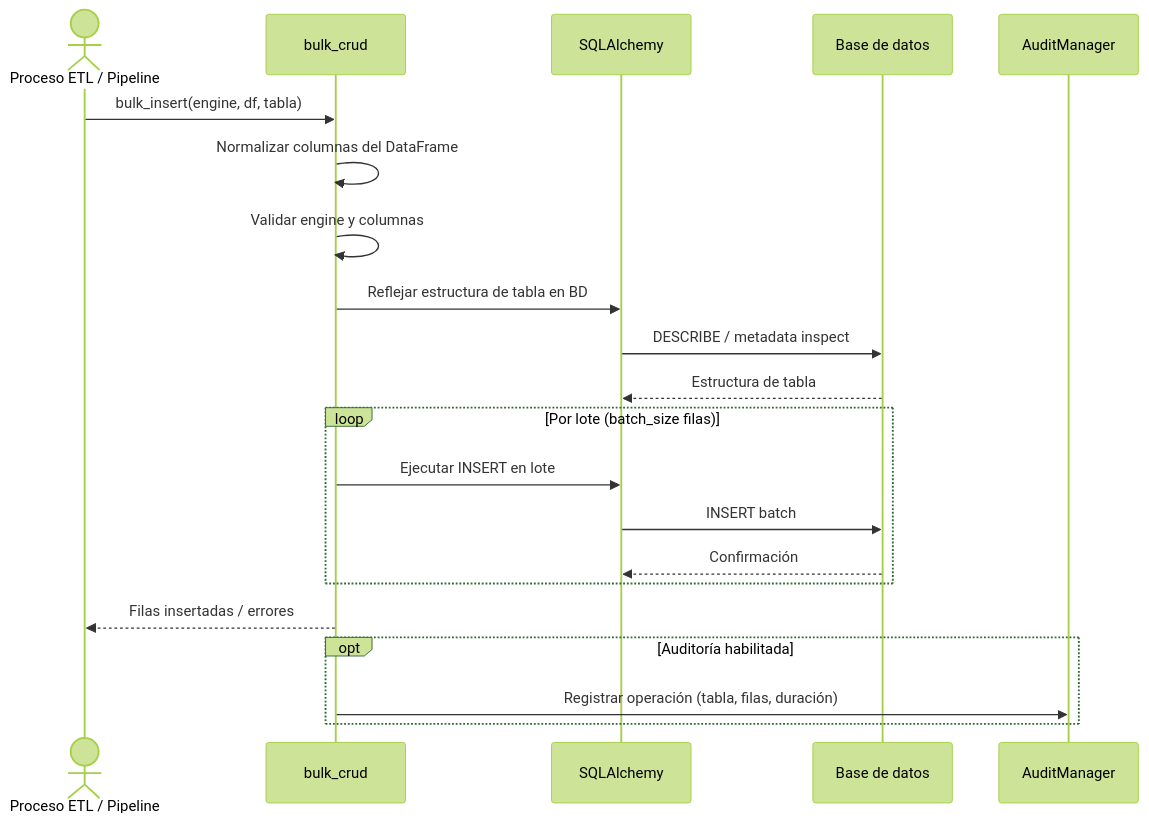
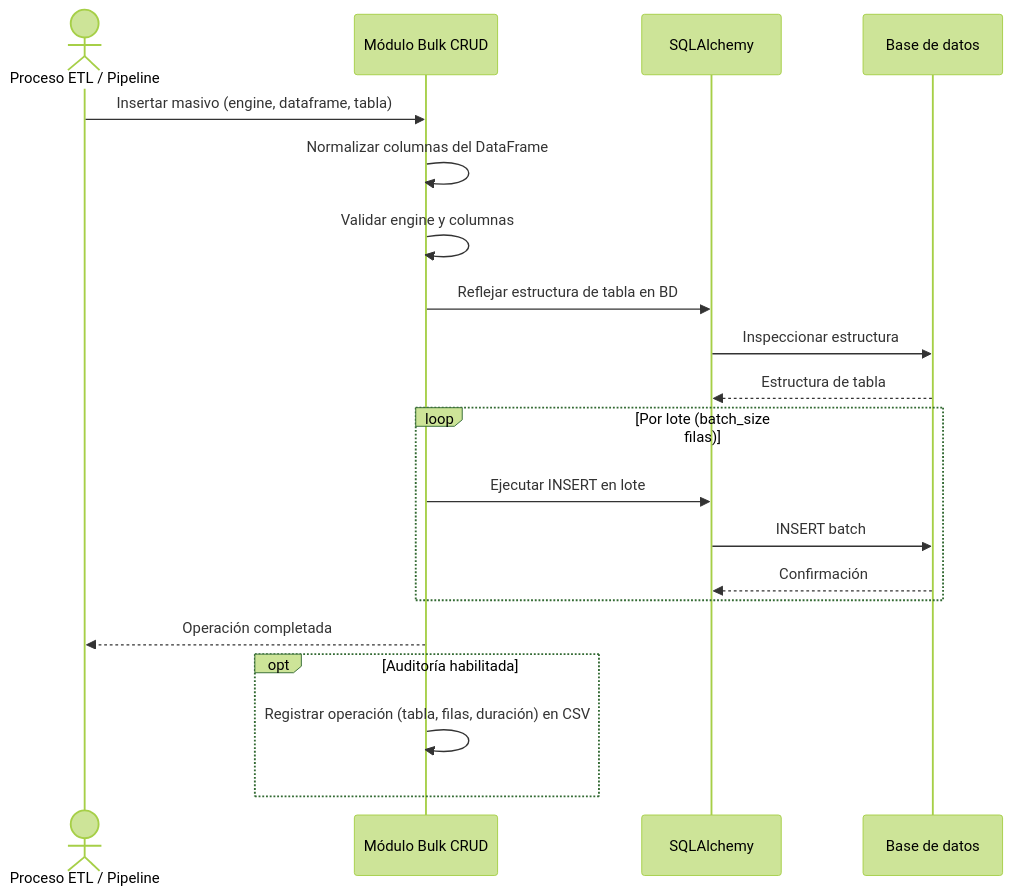
One commit to fmanza/util_bbdd changed the diagram in docs/functional/bulk-operations.md. Above: the diagram before and after it, drawn with Mermaid (forest theme). The commit also changed other lines of this file and 117 other files, not shown here.

````diff
--- a/docs/functional/bulk-operations.md
+++ b/docs/functional/bulk-operations.md
@@ -16,26 +32,26 @@
 ```mermaid
 sequenceDiagram
     actor ETL as Proceso ETL / Pipeline
-    participant Crud as bulk_crud
+    participant Crud as Módulo Bulk CRUD
     participant SA as SQLAlchemy
     participant BD as Base de datos
 
-    ETL->>Crud: bulk_insert(engine, df, tabla)
+    ETL->>Crud: Insertar masivo (engine, dataframe, tabla)
     Crud->>Crud: Normalizar columnas del DataFrame
     Crud->>Crud: Validar engine y columnas
     Crud->>SA: Reflejar estructura de tabla en BD
-    SA->>BD: DESCRIBE / metadata inspect
+    SA->>BD: Inspeccionar estructura
     BD-->>SA: Estructura de tabla
 
     loop Por lote (batch_size filas)
         Crud->>SA: Ejecutar INSERT en lote
         SA->>BD: INSERT batch
         BD-->>SA: Confirmación
     end
 
-    Crud-->>ETL: Filas insertadas / errores
+    Crud-->>ETL: Operación completada
 
     opt Auditoría habilitada
-        Crud->>AuditManager: Registrar operación (tabla, filas, duración)
+        Crud->>Crud: Registrar operación (tabla, filas, duración) en CSV
     end
 ```
````
